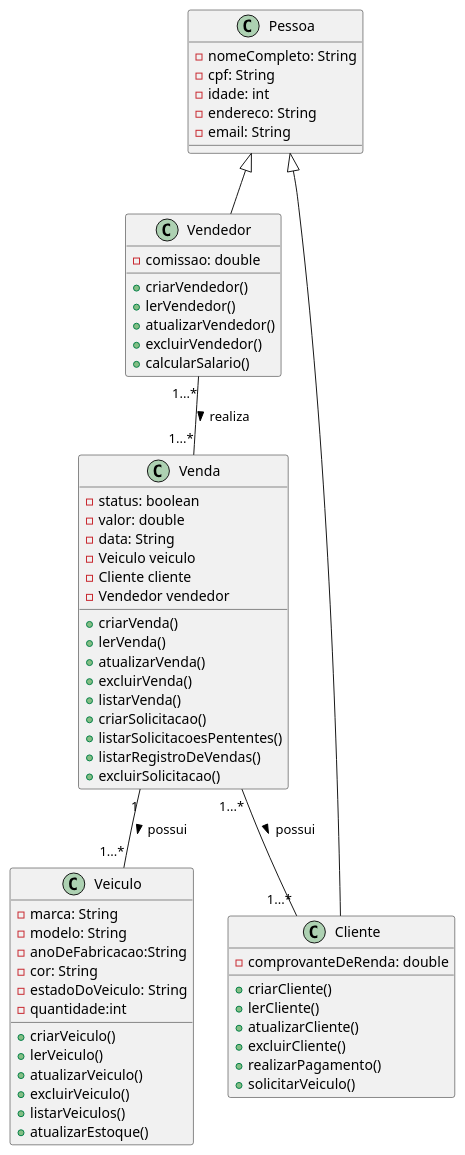
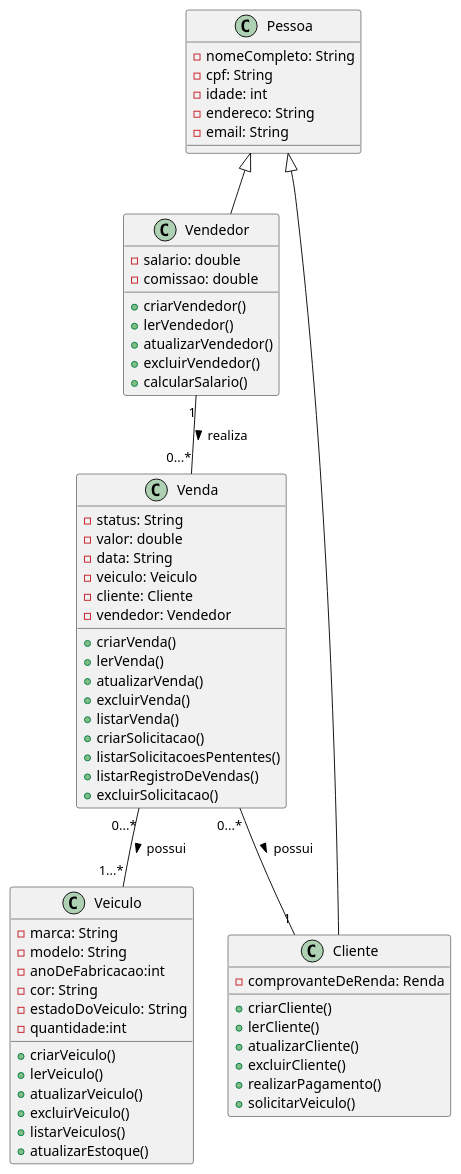
The diagram in DIAGRAMA/ProjetoPOO.iuml (Moisesl2/Projeto-Concessionaria), drawn with PlantUML before and after one commit. The commit also changed 2 other files, not shown here.

Commit message:
fazendo as modificações no diagrama de classes

```diff
--- a/DIAGRAMA/ProjetoPOO.iuml
+++ b/DIAGRAMA/ProjetoPOO.iuml
@@ -1,67 +1,68 @@
 @startuml "Concessionária"
 
 class Pessoa{
     -nomeCompleto: String
     -cpf: String
     -idade: int
     -endereco: String
     -email: String
 }
 
 class Vendedor{
+    -salario: double
     -comissao: double
     +criarVendedor()
     +lerVendedor()
     +atualizarVendedor()
     +excluirVendedor()
     +calcularSalario()
 }
 class Cliente{
-    -comprovanteDeRenda: double
+    -comprovanteDeRenda: Renda
     +criarCliente()
     +lerCliente()
     +atualizarCliente()
     +excluirCliente()
     +realizarPagamento()
     +solicitarVeiculo()
 }
 
 class Veiculo{
     -marca: String 
     -modelo: String
-    -anoDeFabricacao:String 
+    -anoDeFabricacao:int 
     -cor: String 
     -estadoDoVeiculo: String
     -quantidade:int
     +criarVeiculo()
     +lerVeiculo()
     +atualizarVeiculo()
     +excluirVeiculo()
     +listarVeiculos()
     +atualizarEstoque()
 }
 class Venda{
-    -status: boolean
+    -status: String
     -valor: double 
     -data: String
-    -Veiculo veiculo
-    -Cliente cliente 
-    -Vendedor vendedor
+    -veiculo: Veiculo
+    -cliente: Cliente
+    -vendedor: Vendedor
     +criarVenda()
     +lerVenda()
     +atualizarVenda()
     +excluirVenda()
     +listarVenda()
     +criarSolicitacao() 
     +listarSolicitacoesPententes()
     +listarRegistroDeVendas()
     +excluirSolicitacao()
 }
 Pessoa <|-- Vendedor
 Pessoa <|-- Cliente 
 
-Vendedor "1...*"--"1...*" Venda: realiza >
-Venda "1" -- "1...*" Veiculo: possui >
-Venda "1...*" -- "1...*" Cliente: possui >
+Vendedor "1"--"0...*" Venda: realiza >
+Venda "0...*" -- "1...*" Veiculo: possui >
+Venda "0...*" -- "1" Cliente: possui >
 
 @enduml
```
